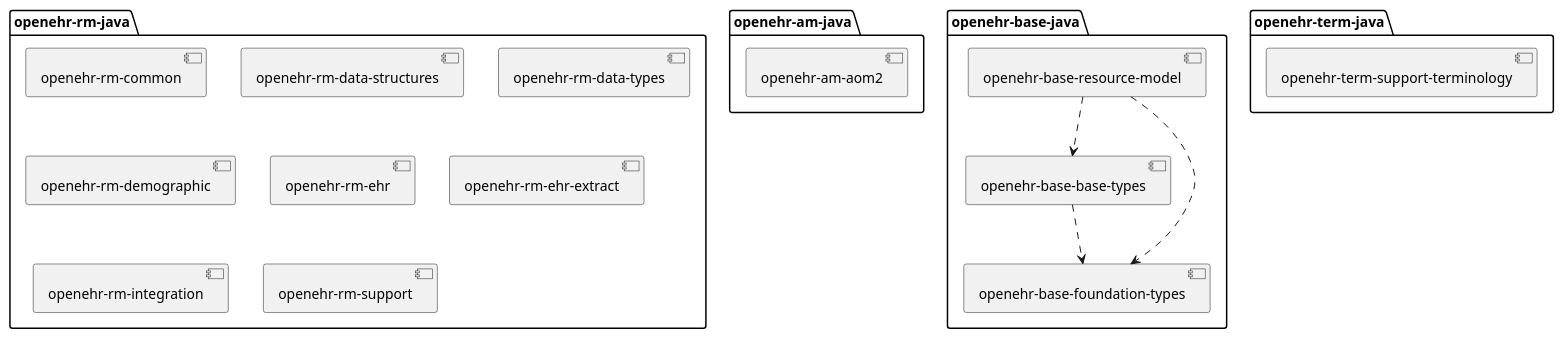
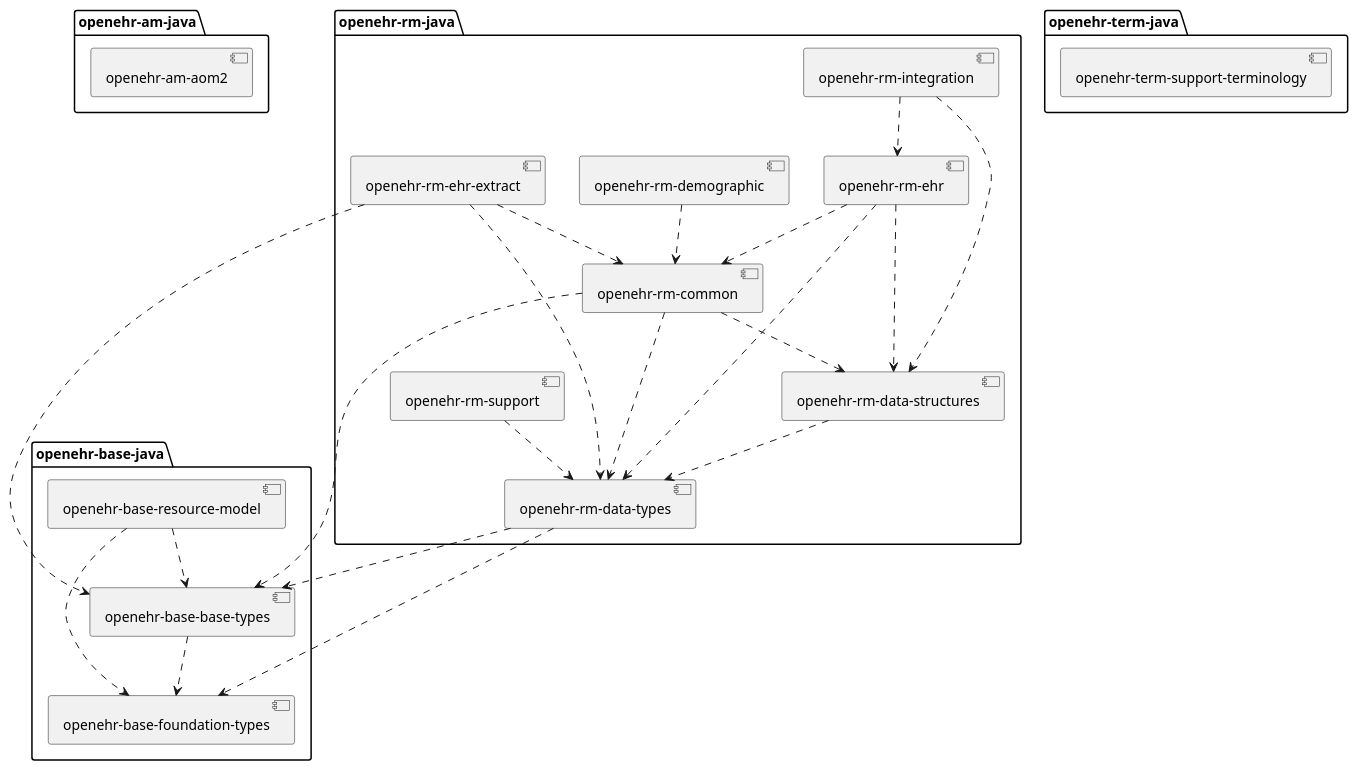
The diagram in img/overview.puml (openehr4j/.github), drawn with PlantUML before and after one commit. The commit also changed 1 other file, not shown here.

Commit message:
Update overview diagram

```diff
--- a/img/overview.puml
+++ b/img/overview.puml
@@ -1,32 +1,56 @@
 @startuml undefined
 
 package openehr-am-java {
   component "openehr-am-aom2" as aom2
 }
 
 package openehr-base-java {
   component "openehr-base-base-types" as baseTypes
   component "openehr-base-foundation-types" as foundationTypes
   component "openehr-base-resource-model" as resourceModel
 }
 
 package openehr-rm-java {
   component "openehr-rm-common" as common
   component "openehr-rm-data-structures" as dataStructures
   component "openehr-rm-data-types" as dataTypes
   component "openehr-rm-demographic" as demographic
   component "openehr-rm-ehr" as ehr
   component "openehr-rm-ehr-extract" as ehrExtract
   component "openehr-rm-integration" as integration
   component "openehr-rm-support" as support
 }
 
 package openehr-term-java {
   component "openehr-term-support-terminology" as supportTerminology
 }
 
 baseTypes ..> foundationTypes
 resourceModel ..> baseTypes
 resourceModel ..> foundationTypes
 
+common ..> baseTypes
+common ..> dataTypes
+common ..> dataStructures
+
+dataStructures ..> dataTypes
+
+dataTypes ..> baseTypes
+dataTypes ..> foundationTypes
+
+demographic ..> common
+
+ehr ..> common
+ehr ..> dataStructures
+ehr ..> dataTypes
+
+ehrExtract ..> baseTypes
+ehrExtract ..> common
+ehrExtract ..> dataTypes
+
+integration ..> dataStructures
+integration ..> ehr
+
+support ..> dataTypes
+
 @enduml
```
